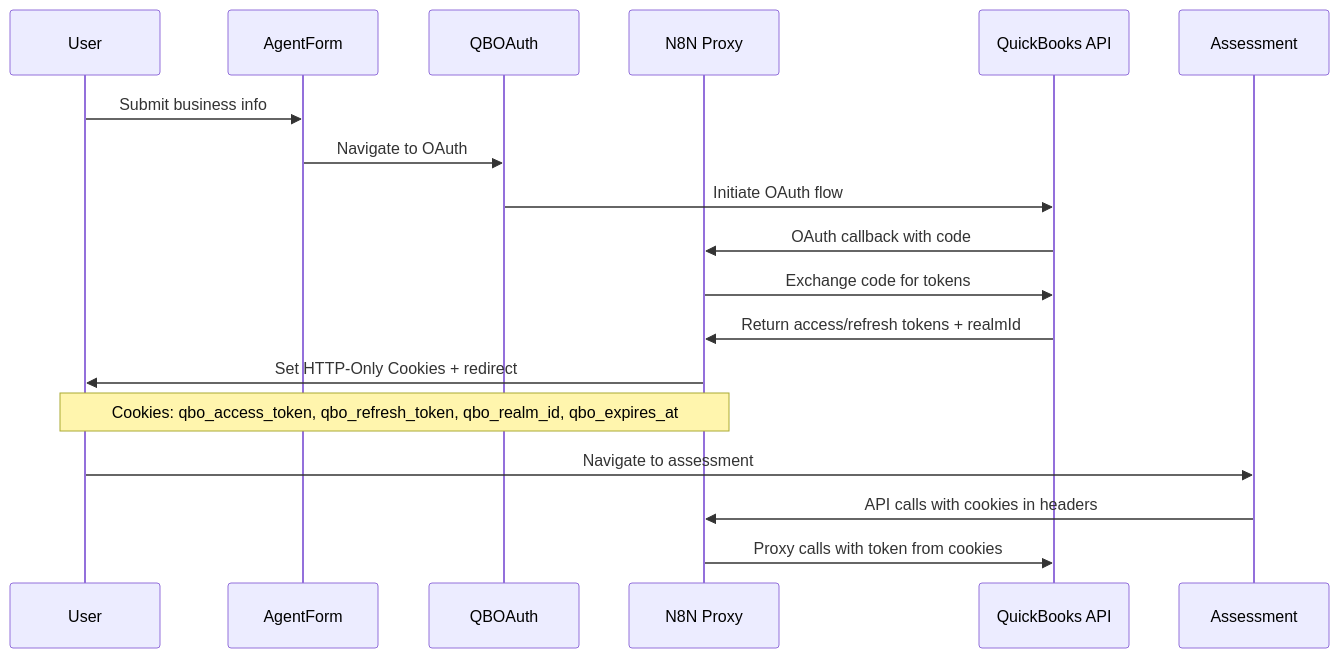
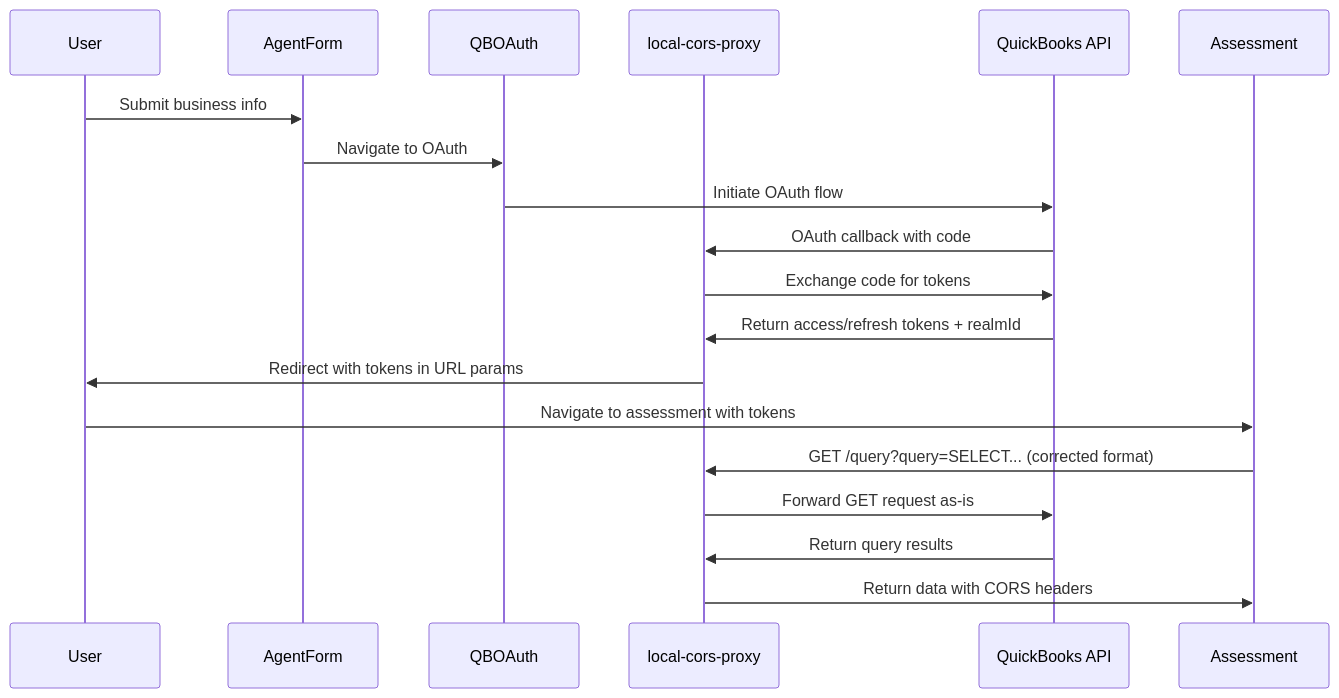
The second of 2 diagrams in docs/qbo-integration-architecture-updated.md (luxtelos/adaptive-book-hygience-poc), drawn with Mermaid before and after one commit. The commit also changed other lines of this file and 35 other files, not shown here.

Commit message:
completes an end to end workflow. WIP TODO: the core QBO data readyness needs to be checked

````diff
--- a/docs/qbo-integration-architecture-updated.md
+++ b/docs/qbo-integration-architecture-updated.md
@@ -31,21 +31,22 @@
 ```mermaid
 sequenceDiagram
     participant U as User
     participant AF as AgentForm
     participant QA as QBOAuth
-    participant N8N as N8N Proxy
+    participant LCPROXY as local-cors-proxy
     participant QBO as QuickBooks API
     participant AS as Assessment
 
     U->>AF: Submit business info
     AF->>QA: Navigate to OAuth
     QA->>QBO: Initiate OAuth flow
-    QBO->>N8N: OAuth callback with code
-    N8N->>QBO: Exchange code for tokens
-    QBO->>N8N: Return access/refresh tokens + realmId
-    N8N->>U: Set HTTP-Only Cookies + redirect
-    Note over N8N,U: Cookies: qbo_access_token, qbo_refresh_token, qbo_realm_id, qbo_expires_at
-    U->>AS: Navigate to assessment
-    AS->>N8N: API calls with cookies in headers
-    N8N->>QBO: Proxy calls with token from cookies
+    QBO->>LCPROXY: OAuth callback with code
+    LCPROXY->>QBO: Exchange code for tokens
+    QBO->>LCPROXY: Return access/refresh tokens + realmId
+    LCPROXY->>U: Redirect with tokens in URL params
+    U->>AS: Navigate to assessment with tokens
+    AS->>LCPROXY: GET /query?query=SELECT... (corrected format)
+    LCPROXY->>QBO: Forward GET request as-is
+    QBO->>LCPROXY: Return query results
+    LCPROXY->>AS: Return data with CORS headers
 ```
````
